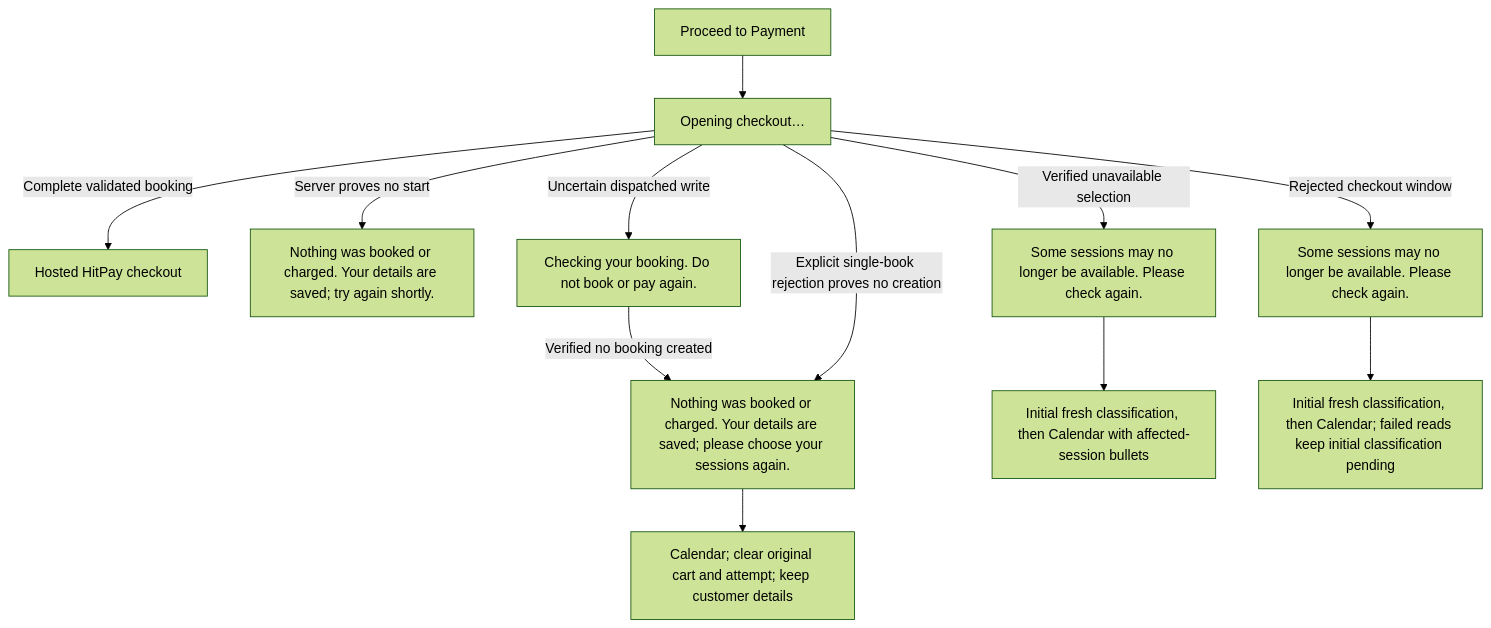
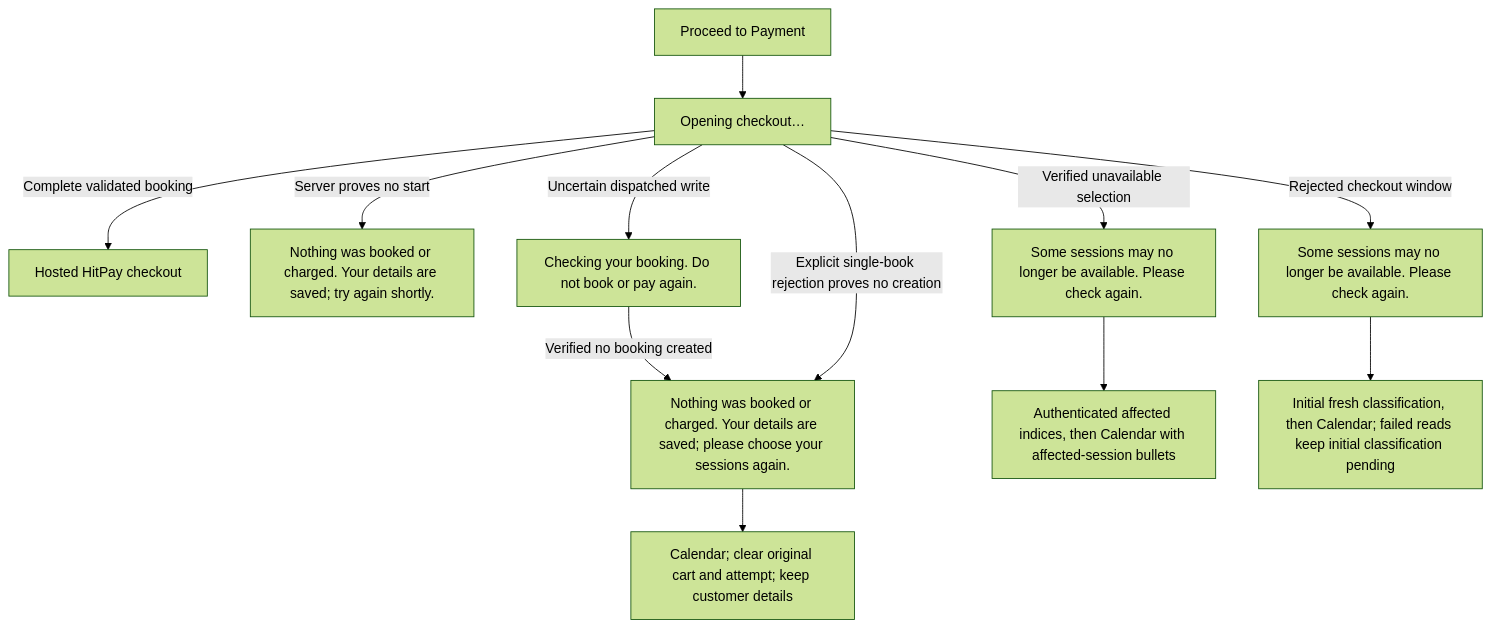
Before and after one commit to soccerbotstudiosg/soccerbotstudioSG: the sixth of 19 diagrams in docs/booking-flows.md, drawn with Mermaid (forest theme). The commit also changed other lines of this file and 56 other files, not shown here.

````diff
--- a/docs/booking-flows.md
+++ b/docs/booking-flows.md
@@ -107,14 +111,14 @@
 ```mermaid
 flowchart TD
   A["Proceed to Payment"] --> B["Opening checkout…"]
   B -->|Complete validated booking| C["Hosted HitPay checkout"]
   B -->|Server proves no start| D["Nothing was booked or charged. Your details are saved; try again shortly."]
   B -->|Uncertain dispatched write| E["Checking your booking. Do not book or pay again."]
   E -->|Verified no booking created| J["Nothing was booked or charged. Your details are saved; please choose your sessions again."]
   B -->|Explicit single-book rejection proves no creation| J
   J --> K["Calendar; clear original cart and attempt; keep customer details"]
   B -->|Verified unavailable selection| F["Some sessions may no longer be available. Please check again."]
-  F --> G["Initial fresh classification, then Calendar with affected-session bullets"]
+  F --> G["Authenticated affected indices, then Calendar with affected-session bullets"]
   B -->|Rejected checkout window| H["Some sessions may no longer be available. Please check again."]
   H --> I["Initial fresh classification, then Calendar; failed reads keep initial classification pending"]
 ```
````
